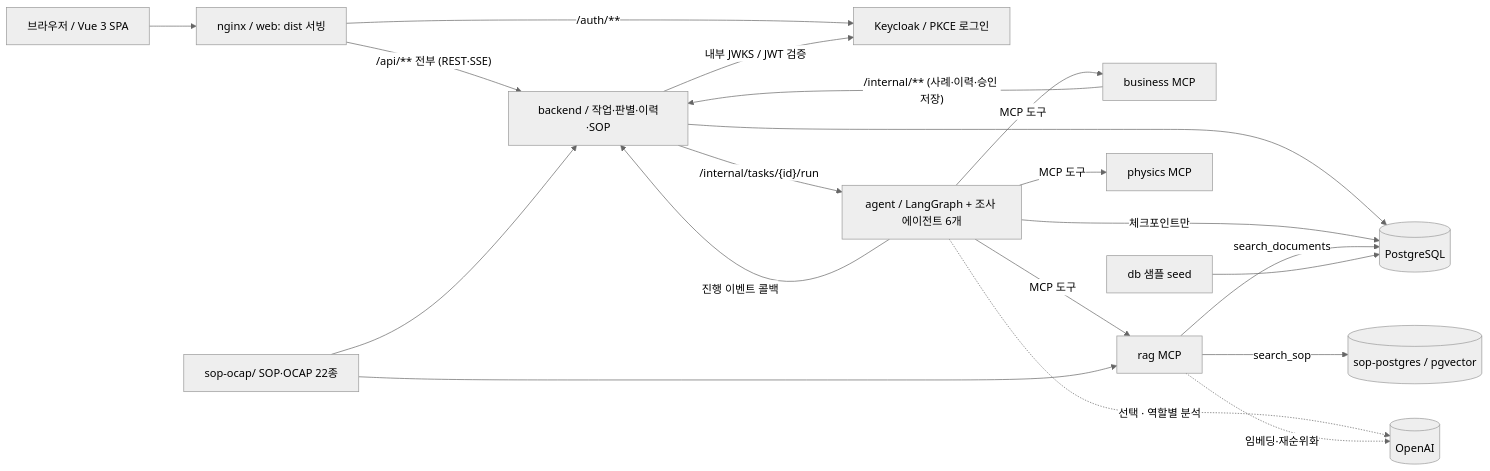
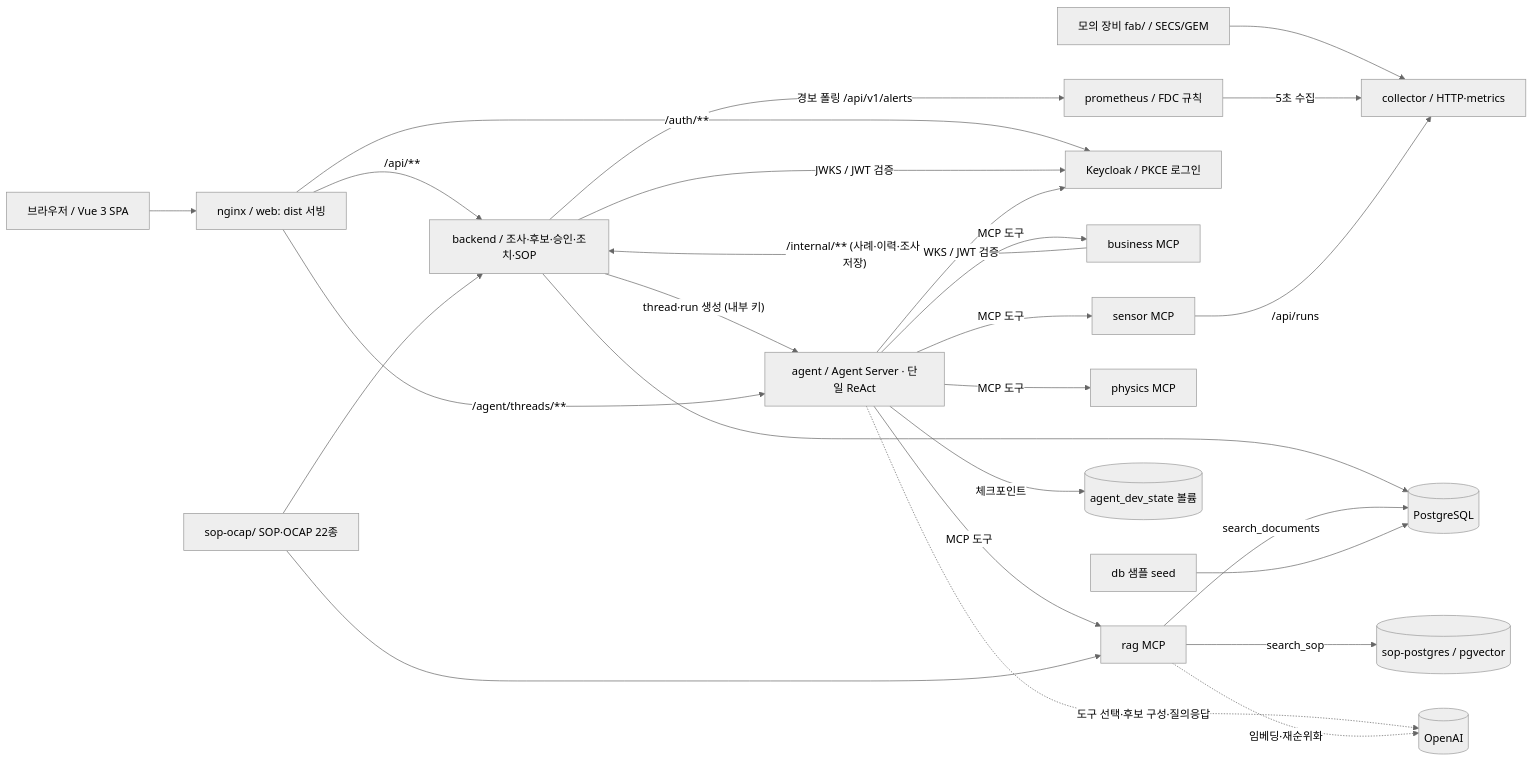
Before and after one commit to meotjin-girl/etch-trace: the diagram in docs/architecture.md, drawn with Mermaid (neutral theme). The commit also changed other lines of this file and 18 other files, not shown here.

First line of the commit message:
docs: 문서를 현재 Agent Server 구조 기준으로 갱신

````diff
--- a/docs/architecture.md
+++ b/docs/architecture.md
@@ -5,22 +5,28 @@
 ```mermaid
 flowchart LR
+  FAB[모의 장비 fab/ / SECS/GEM] --> COL[collector / HTTP·metrics]
+  P[prometheus / FDC 규칙] -- 5초 수집 --> COL
+  B -- "경보 폴링 /api/v1/alerts" --> P
+  B -- "thread·run 생성 (내부 키)" --> A
   UI[브라우저 / Vue 3 SPA] --> W[nginx / web: dist 서빙]
-  W -- "/api/** 전부 (REST·SSE)" --> B[backend / 작업·판별·이력·SOP]
+  W -- "/api/**" --> B[backend / 조사·후보·승인·조치·SOP]
+  W -- "/agent/threads/**" --> A[agent / Agent Server · 단일 ReAct]
   W -- "/auth/**" --> KC[Keycloak / PKCE 로그인]
-  B -- 내부 JWKS / JWT 검증 --> KC
-  B -- "/internal/tasks/{id}/run" --> A[agent / LangGraph + 조사 에이전트 6개]
-  A -- 진행 이벤트 콜백 --> B
+  B -- JWKS / JWT 검증 --> KC
+  A -- JWKS / JWT 검증 --> KC
   A -- MCP 도구 --> BM[business MCP]
   A -- MCP 도구 --> RM[rag MCP]
   A -- MCP 도구 --> PM[physics MCP]
-  BM -- "/internal/** (사례·이력·승인 저장)" --> B
+  A -- MCP 도구 --> SM[sensor MCP]
+  SM -- "/api/runs" --> COL
+  BM -- "/internal/** (사례·이력·조사 저장)" --> B
   B --> PG[(PostgreSQL)]
-  A -- 체크포인트만 --> PG
+  A -- 체크포인트 --> AV[(agent_dev_state 볼륨)]
   RM -- search_documents --> PG
   RM -- search_sop --> SPG[(sop-postgres / pgvector)]
   DOCS[sop-ocap/ SOP·OCAP 22종] --> RM
   DOCS --> B
   SEED[db 샘플 seed] --> PG
-  A -. 선택 · 역할별 분석 .-> LLM[(OpenAI)]
+  A -. 도구 선택·후보 구성·질의응답 .-> LLM[(OpenAI)]
   RM -. 임베딩·재순위화 .-> LLM
 ```
````
